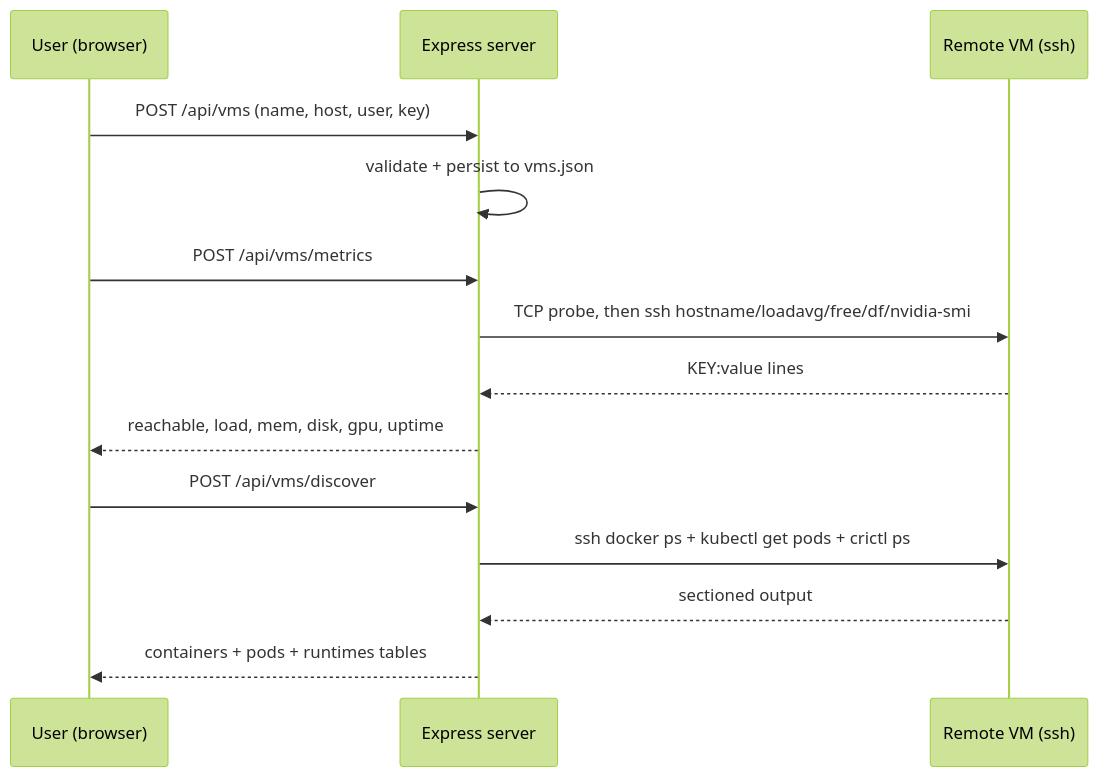
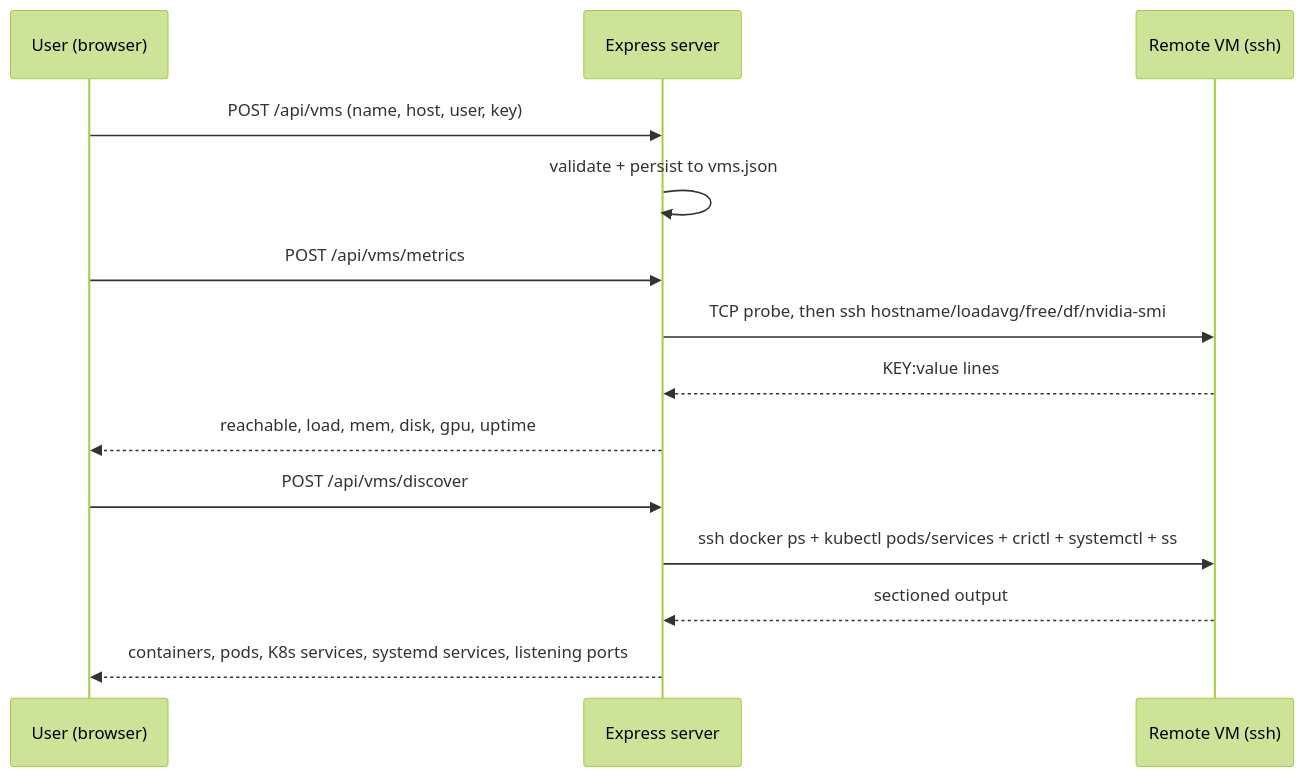
Before and after one commit to AdityaRam24/kalam: the second of 7 diagrams in ARCHITECTURE.md, drawn with Mermaid (forest theme). The commit also changed other lines of this file and 14 other files, not shown here.

````diff
--- a/ARCHITECTURE.md
+++ b/ARCHITECTURE.md
@@ -60,17 +66,17 @@
 ```mermaid
 sequenceDiagram
     participant U as User (browser)
     participant S as Express server
     participant V as Remote VM (ssh)
 
     U->>S: POST /api/vms (name, host, user, key)
     S->>S: validate + persist to vms.json
     U->>S: POST /api/vms/metrics
     S->>V: TCP probe, then ssh hostname/loadavg/free/df/nvidia-smi
     V-->>S: KEY:value lines
     S-->>U: reachable, load, mem, disk, gpu, uptime
     U->>S: POST /api/vms/discover
-    S->>V: ssh docker ps + kubectl get pods + crictl ps
+    S->>V: ssh docker ps + kubectl pods/services + crictl + systemctl + ss
     V-->>S: sectioned output
-    S-->>U: containers + pods + runtimes tables
+    S-->>U: containers, pods, K8s services, systemd services, listening ports
 ```
````
